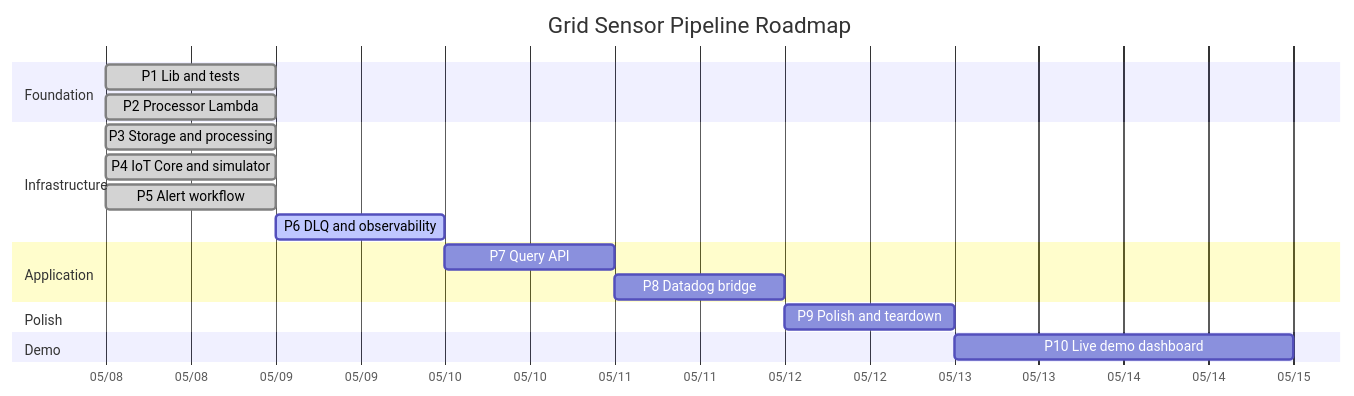
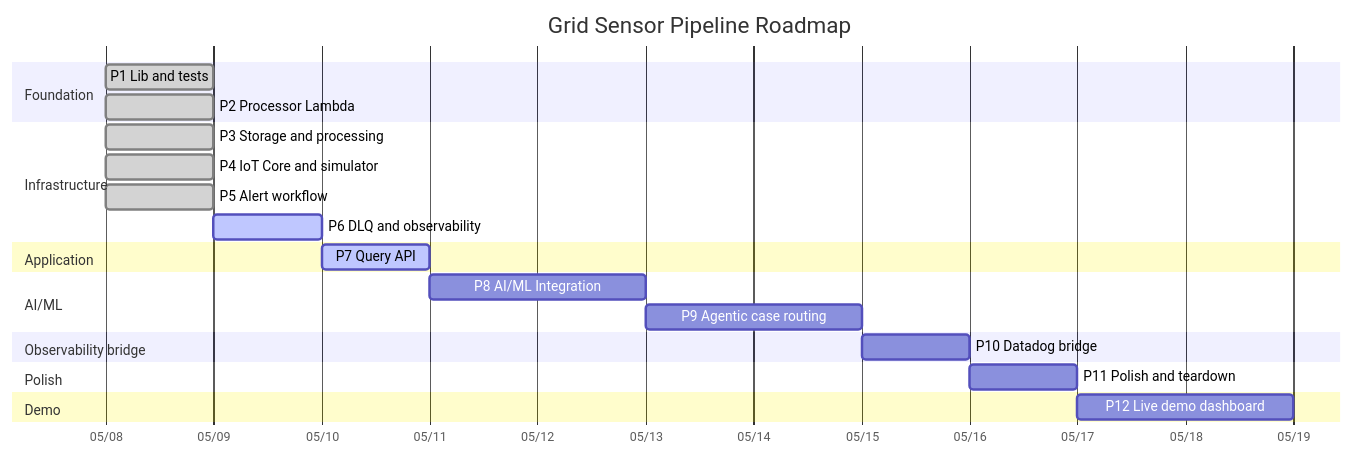
The diagram in ROADMAP.md (amusto/Grid-Sensor-Pipeline), drawn with Mermaid before and after one commit. The commit also changed other lines of this file and 12 other files, not shown here.

````diff
--- a/ROADMAP.md
+++ b/ROADMAP.md
@@ -60,21 +74,25 @@
 ```mermaid
 gantt
     title Grid Sensor Pipeline Roadmap
     dateFormat YYYY-MM-DD
     axisFormat %m/%d
     section Foundation
     P1 Lib and tests              :done,   p1, 2026-05-08, 1d
     P2 Processor Lambda           :done,   p2, 2026-05-08, 1d
     section Infrastructure
     P3 Storage and processing     :done,   p3, 2026-05-08, 1d
     P4 IoT Core and simulator     :done,   p4, 2026-05-08, 1d
     P5 Alert workflow             :done,   p5, 2026-05-08, 1d
     P6 DLQ and observability      :active, p6, 2026-05-09, 1d
     section Application
-    P7 Query API                  :        p7, after p6, 1d
-    P8 Datadog bridge             :        p8, after p7, 1d
+    P7 Query API                  :active, p7, after p6, 1d
+    section AI/ML
+    P8 AI/ML Integration          :        p8, after p7, 2d
+    P9 Agentic case routing       :        p9, after p8, 2d
+    section Observability bridge
+    P10 Datadog bridge            :        p10, after p9, 1d
     section Polish
-    P9 Polish and teardown        :        p9, after p8, 1d
+    P11 Polish and teardown       :        p11, after p10, 1d
     section Demo
-    P10 Live demo dashboard       :        p10, after p9, 2d
+    P12 Live demo dashboard       :        p12, after p11, 2d
 ```
````
